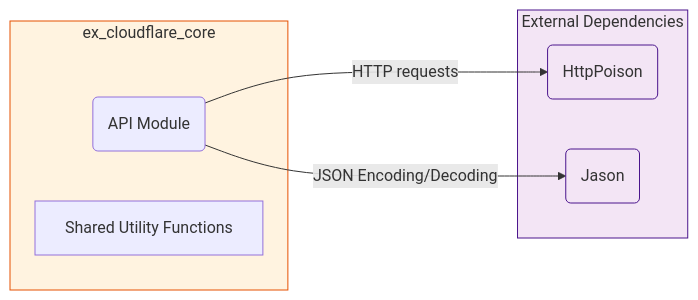
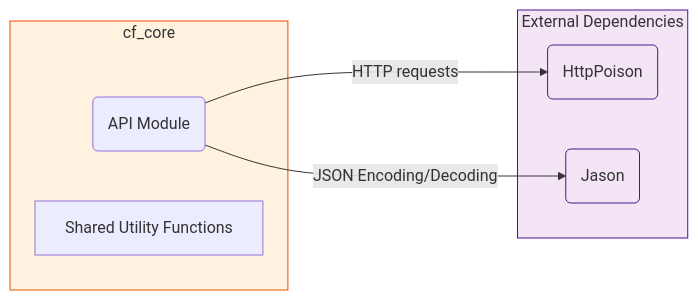
One commit to nshkrdotcom/cf_ex changed the diagram in apps/cf_core/README.md. Above: the diagram before and after it, drawn with Mermaid. The commit also changed other lines of this file and 35 other files, not shown here.

````diff
--- a/apps/cf_core/README.md
+++ b/apps/cf_core/README.md
@@ -24,24 +24,24 @@
 ```mermaid
 graph LR
-    subgraph "ex_cloudflare_core"
+    subgraph "cf_core"
         API(API Module)
         Shared["Shared Utility Functions"]
          
     end
    
      subgraph Externals["External Dependencies"]
         HTTP(HttpPoison)
         JSON(Jason)
         
     end
     
     API -->|"HTTP requests"| HTTP
     API -->|"JSON Encoding/Decoding"| JSON
     
     
     classDef core fill:#fff3e0,stroke:#e65100
     classDef externals fill:#f3e5f5,stroke:#4a148c
     
-    class ex_cloudflare_core core
+    class cf_core core
     class Externals,HTTP,JSON externals
 ```
````
